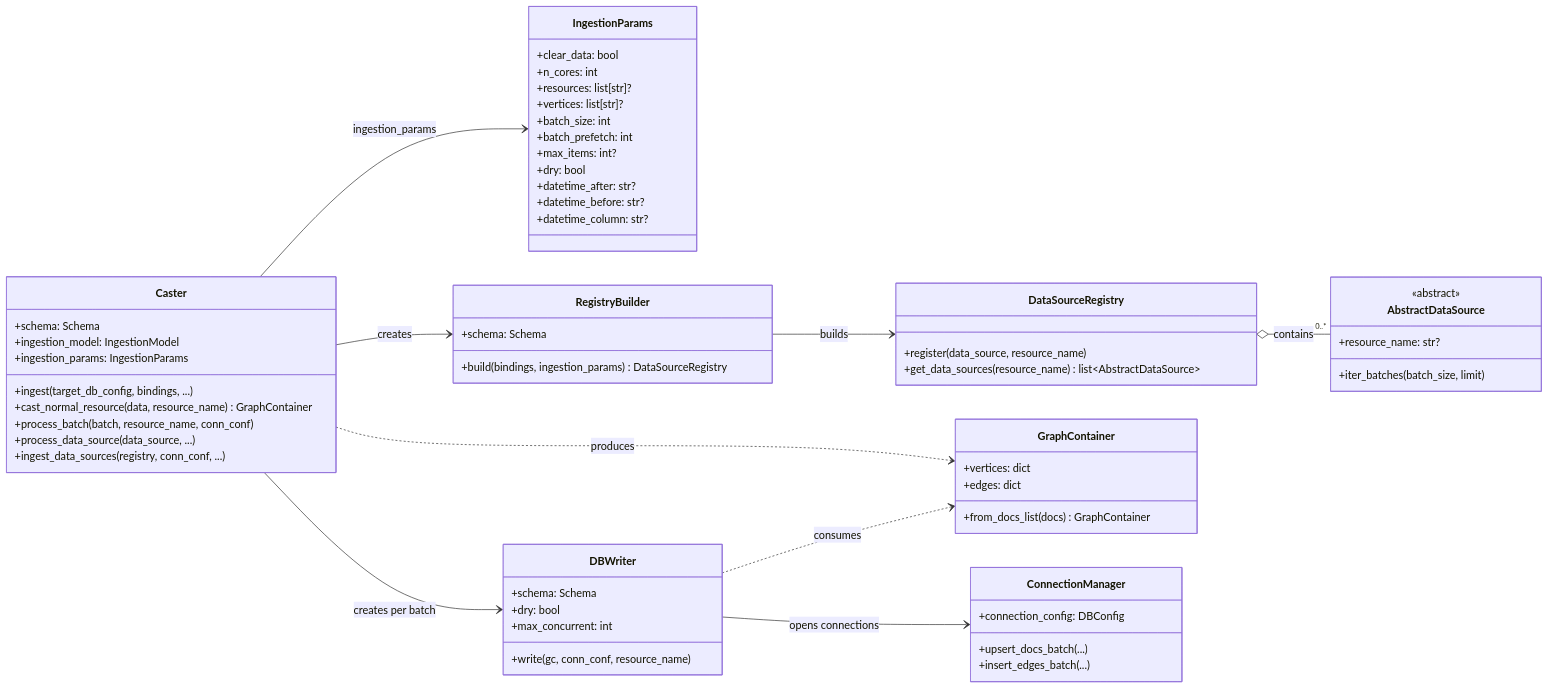
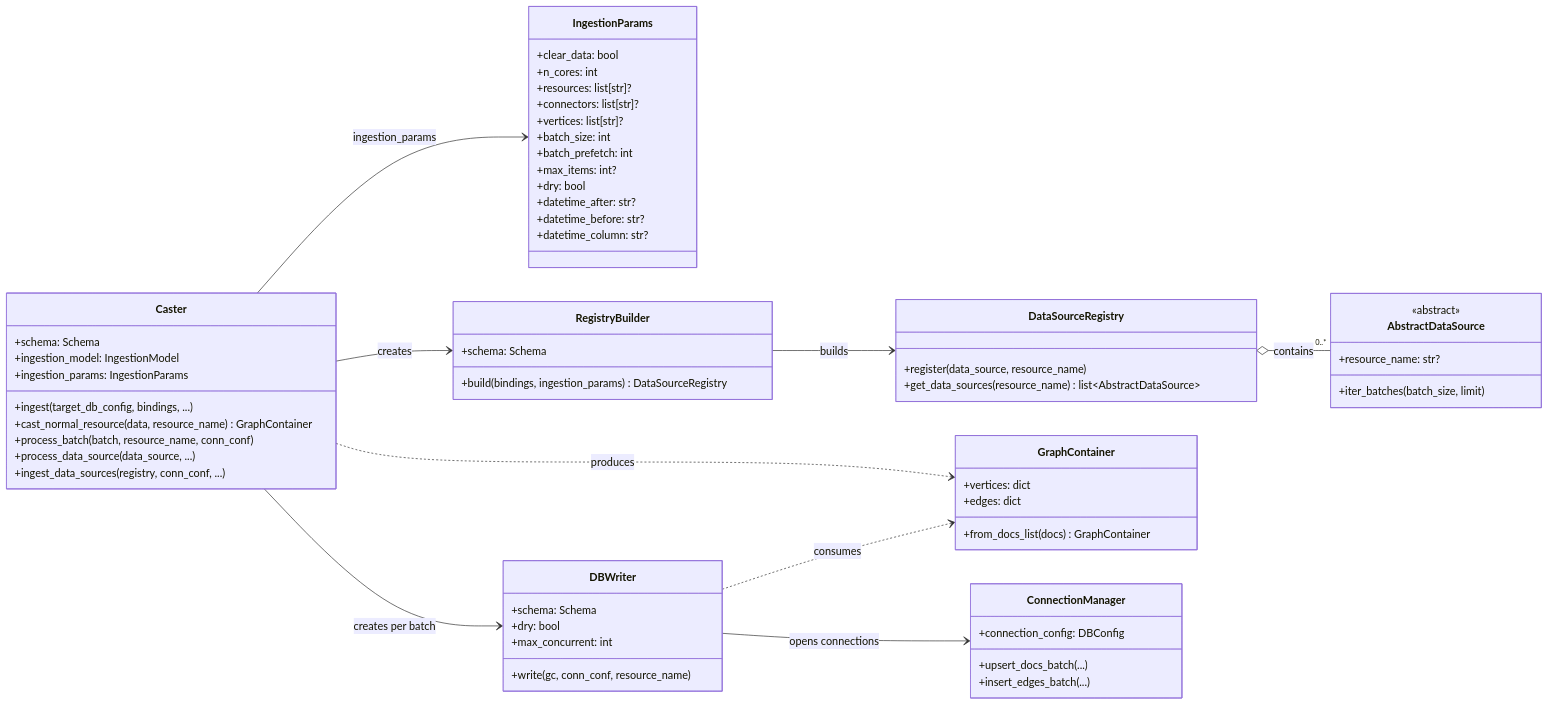
The fourth of 4 diagrams in docs/concepts/architecture_diagrams.md (growgraph/graflo), drawn with Mermaid before and after one commit. The commit also changed 21 other files, not shown here.

````diff
--- a/docs/concepts/architecture_diagrams.md
+++ b/docs/concepts/architecture_diagrams.md
@@ -309,73 +309,74 @@
 ```mermaid
 classDiagram
     direction LR
 
     class Caster {
         +schema: Schema
         +ingestion_model: IngestionModel
         +ingestion_params: IngestionParams
         +ingest(target_db_config, bindings, ...)
         +cast_normal_resource(data, resource_name) GraphContainer
         +process_batch(batch, resource_name, conn_conf)
         +process_data_source(data_source, ...)
         +ingest_data_sources(registry, conn_conf, ...)
     }
 
     class IngestionParams {
         +clear_data: bool
         +n_cores: int
         +resources: list[str]?
+        +connectors: list[str]?
         +vertices: list[str]?
         +batch_size: int
         +batch_prefetch: int
         +max_items: int?
         +dry: bool
         +datetime_after: str?
         +datetime_before: str?
         +datetime_column: str?
     }
 
     class RegistryBuilder {
         +schema: Schema
         +build(bindings, ingestion_params) DataSourceRegistry
     }
 
     class DataSourceRegistry {
         +register(data_source, resource_name)
         +get_data_sources(resource_name) list~AbstractDataSource~
     }
 
     class DBWriter {
         +schema: Schema
         +dry: bool
         +max_concurrent: int
         +write(gc, conn_conf, resource_name)
     }
 
     class GraphContainer {
         +vertices: dict
         +edges: dict
         +from_docs_list(docs) GraphContainer
     }
 
     class ConnectionManager {
         +connection_config: DBConfig
         +upsert_docs_batch(...)
         +insert_edges_batch(...)
     }
 
     class AbstractDataSource {
         <<abstract>>
         +resource_name: str?
         +iter_batches(batch_size, limit)
     }
 
     Caster --> IngestionParams : ingestion_params
     Caster --> RegistryBuilder : creates
     RegistryBuilder --> DataSourceRegistry : builds
     Caster --> DBWriter : creates per batch
     Caster ..> GraphContainer : produces
     DBWriter ..> GraphContainer : consumes
     DBWriter --> ConnectionManager : opens connections
     DataSourceRegistry o-- "0..*" AbstractDataSource : contains
 ```
````
